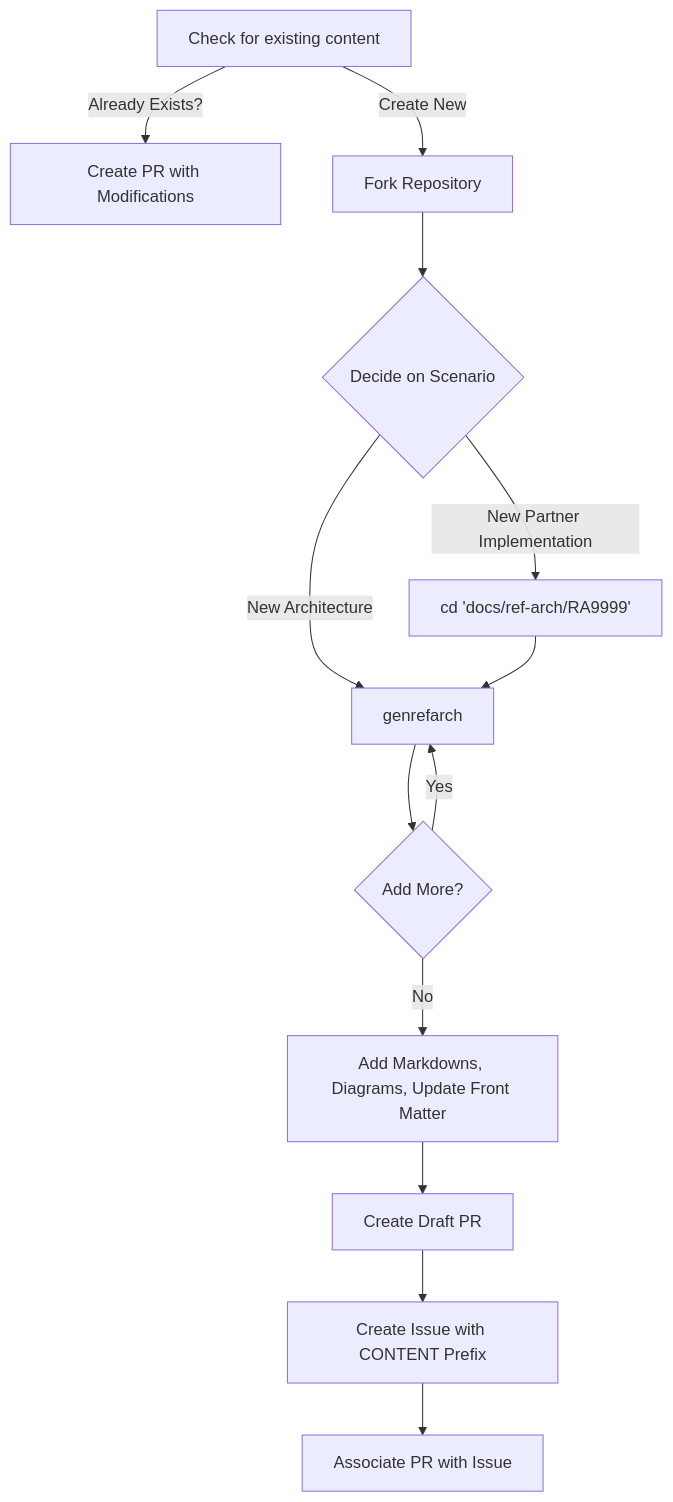
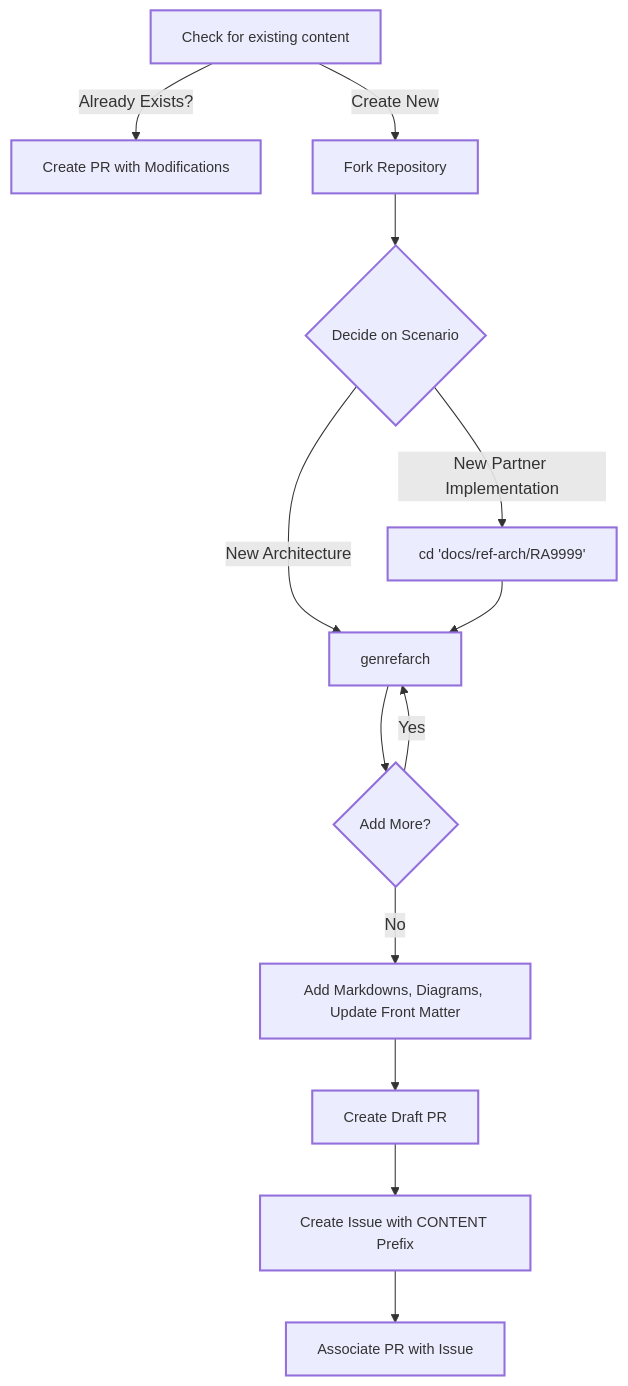
One commit to jcawley5/architecture-center changed the diagram in community/intro.md. Above: the diagram before and after it, drawn with Mermaid. The commit also changed other lines of this file and 1 other file, not shown here.

Commit message:
Update custom.css (#242)
* Update custom.css

* Update intro.md

Modify mermaid chart properties to downsize stroke and font.

* Update intro.md

````diff
--- a/community/intro.md
+++ b/community/intro.md
@@ -42,15 +42,18 @@
 ```mermaid
+%% Add custom styles for smaller font and reduced component size
 graph TD
-A[Check for existing content] -->|Already Exists?| B[Create PR with Modifications]
-A -->|Create New| D[Fork Repository]
-D --> C{Decide on Scenario}
-C -->|New Architecture| E[genrefarch]
-C -->|New Partner Implementation| H[cd 'docs/ref-arch/RA9999']
-H --> E
-E --> F{Add More?}
-F -->|Yes| E
-F -->|No| G[Add Markdowns, Diagrams, Update Front Matter]
-G --> I[Create Draft PR]
-I --> J[Create Issue with CONTENT Prefix]
-J --> K[Associate PR with Issue]
+classDef reduceSize stroke-width:2px,font-size:14px;
+
+A[Check for existing content]:::reduceSize -->|Already Exists?| B[Create PR with Modifications]:::reduceSize
+A:::reduceSize -->|Create New| D[Fork Repository]:::reduceSize
+D:::reduceSize --> C{Decide on Scenario}:::reduceSize
+C:::reduceSize -->|New Architecture| E[genrefarch]:::reduceSize
+C:::reduceSize -->|New Partner Implementation| H[cd 'docs/ref-arch/RA9999']:::reduceSize
+H:::reduceSize --> E:::reduceSize
+E:::reduceSize --> F{Add More?}:::reduceSize
+F:::reduceSize -->|Yes| E:::reduceSize
+F:::reduceSize -->|No| G[Add Markdowns, Diagrams, Update Front Matter]:::reduceSize
+G:::reduceSize --> I[Create Draft PR]:::reduceSize
+I:::reduceSize --> J[Create Issue with CONTENT Prefix]:::reduceSize
+J:::reduceSize --> K[Associate PR with Issue]:::reduceSize
 ```
````
